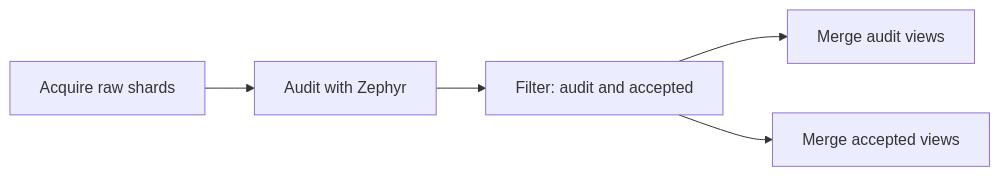
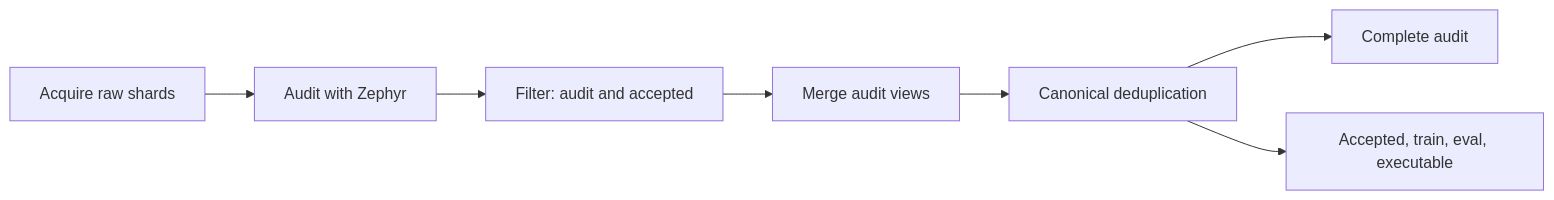
The diagram in docs/references/task-curation.md (marin-community/marin), drawn with Mermaid before and after one commit. The commit also changed other lines of this file and 131 other files, not shown here.

````diff
--- a/docs/references/task-curation.md
+++ b/docs/references/task-curation.md
@@ -40,7 +45,9 @@
 ```mermaid
 flowchart LR
     A[Acquire raw shards] --> B[Audit with Zephyr]
     B --> C[Filter: audit and accepted]
     C --> D[Merge audit views]
-    C --> E[Merge accepted views]
+    D --> E[Canonical deduplication]
+    E --> F[Complete audit]
+    E --> G[Accepted, train, eval, executable]
 ```
````
